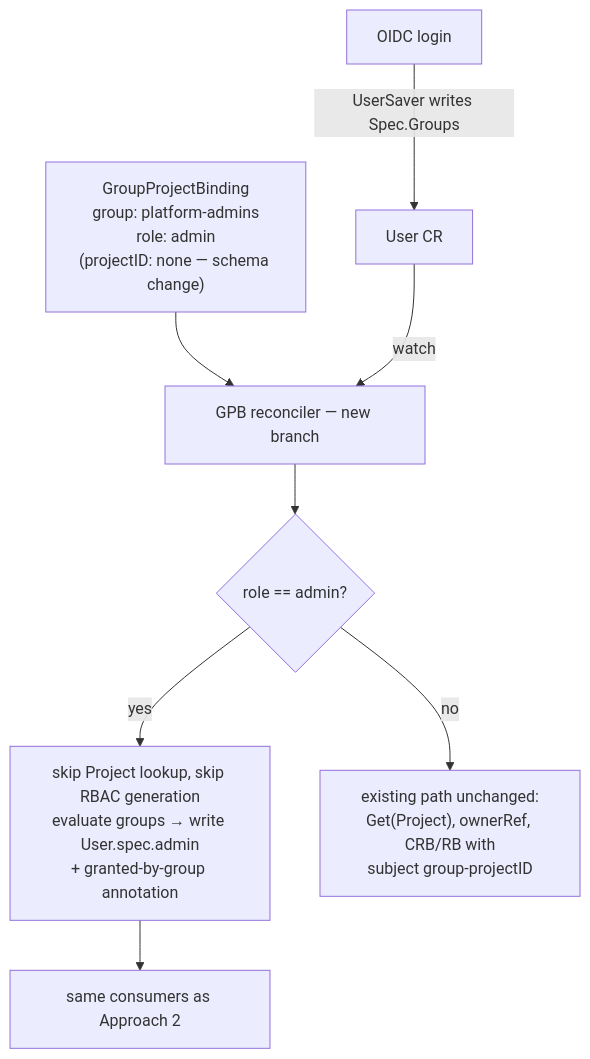
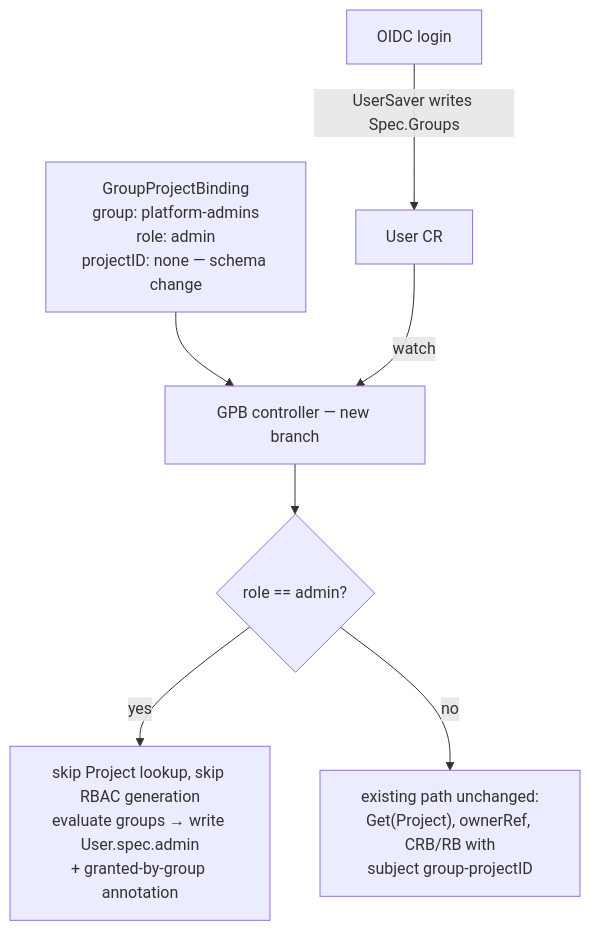
Before and after one commit to KhizerRehan/kubermatic-backend: the fifth of 5 diagrams in ai/plans/admin-group-binding.plan.md, drawn with Mermaid. The commit also changed other lines of this file, not shown here.

````diff
--- a/ai/plans/admin-group-binding.plan.md
+++ b/ai/plans/admin-group-binding.plan.md
@@ -141,10 +160,9 @@
 ```mermaid
 flowchart TD
-    A["GroupProjectBinding<br/>group: platform-admins<br/>role: admin<br/>(projectID: none — schema change)"] --> R[GPB reconciler — new branch]
+    A["GroupProjectBinding<br/>group: platform-admins<br/>role: admin<br/>projectID: none — schema change"] --> R[GPB controller — new branch]
     L[OIDC login] -->|UserSaver writes Spec.Groups| U[User CR]
     U -->|watch| R
     R --> DEC{role == admin?}
     DEC -->|yes| ADM["skip Project lookup, skip RBAC generation<br/>evaluate groups → write User.spec.admin<br/>+ granted-by-group annotation"]
     DEC -->|no| RBAC["existing path unchanged:<br/>Get(Project), ownerRef, CRB/RB with<br/>subject group-projectID"]
-    ADM --> C[same consumers as Approach 2]
 ```
````
